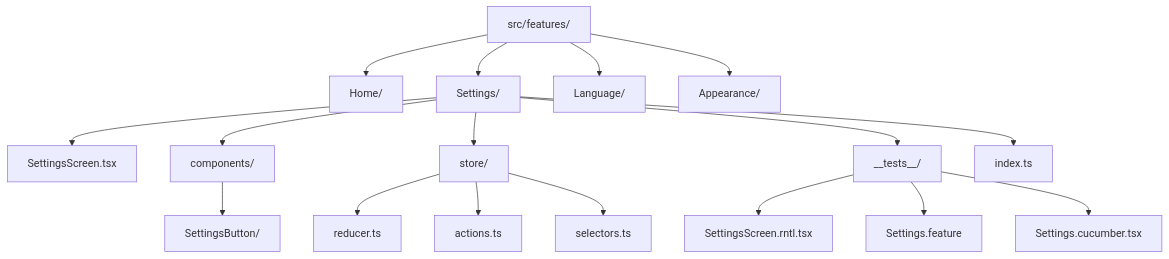
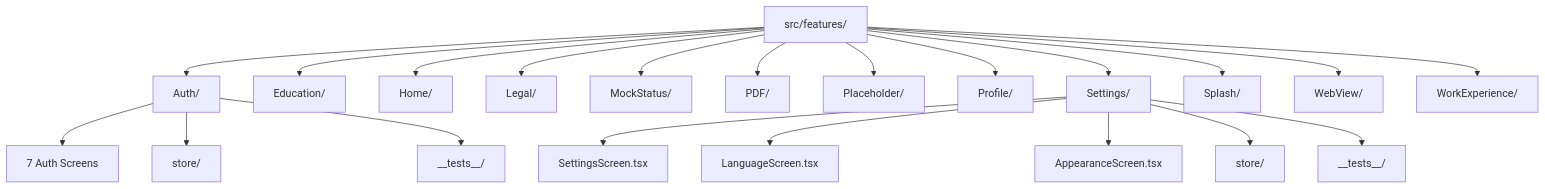
The second of 3 diagrams in docs/readme/ARCHITECTURE.md (warrendeleon/rn-warrendeleon), drawn with Mermaid before and after one commit. The commit also changed other lines of this file and 6 other files, not shown here.

````diff
--- a/docs/readme/ARCHITECTURE.md
+++ b/docs/readme/ARCHITECTURE.md
@@ -76,21 +79,25 @@
 ```mermaid
 graph TD
-    A[src/features/] --> B[Home/]
-    A --> C[Settings/]
-    A --> D[Language/]
-    A --> E[Appearance/]
+    A[src/features/] --> B[Auth/]
+    A --> C[Education/]
+    A --> D[Home/]
+    A --> E[Legal/]
+    A --> F[MockStatus/]
+    A --> G[PDF/]
+    A --> H[Placeholder/]
+    A --> I[Profile/]
+    A --> J[Settings/]
+    A --> K[Splash/]
+    A --> L[WebView/]
+    A --> M[WorkExperience/]
 
-    C --> C1[SettingsScreen.tsx]
-    C --> C2[components/]
-    C --> C3[store/]
-    C --> C4[__tests__/]
-    C --> C5[index.ts]
+    B --> B1[7 Auth Screens]
+    B --> B2[store/]
+    B --> B3[__tests__/]
 
-    C2 --> C2A[SettingsButton/]
-    C3 --> C3A[reducer.ts]
-    C3 --> C3B[actions.ts]
-    C3 --> C3C[selectors.ts]
-    C4 --> C4A[SettingsScreen.rntl.tsx]
-    C4 --> C4B[Settings.feature]
-    C4 --> C4C[Settings.cucumber.tsx]
+    J --> J1[SettingsScreen.tsx]
+    J --> J2[LanguageScreen.tsx]
+    J --> J3[AppearanceScreen.tsx]
+    J --> J4[store/]
+    J --> J5[__tests__/]
 ```
````
